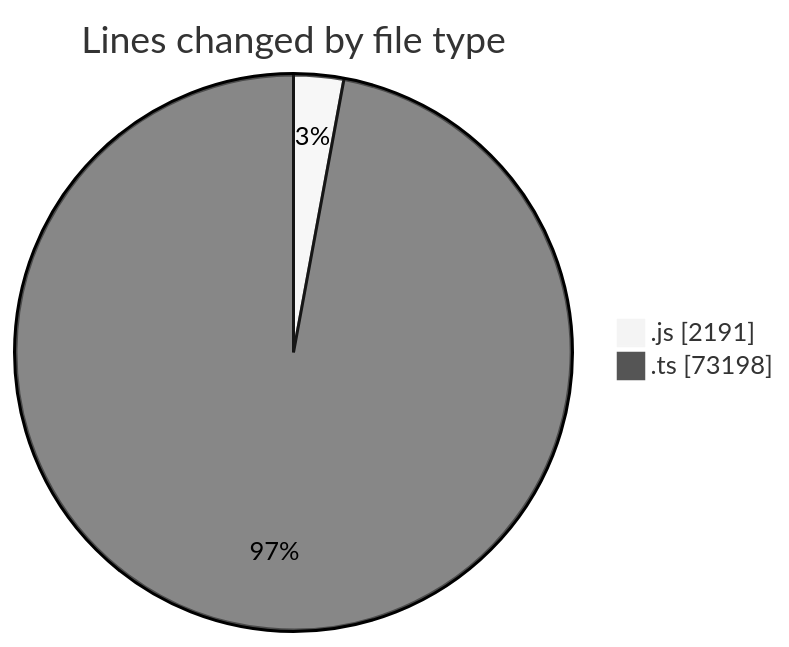
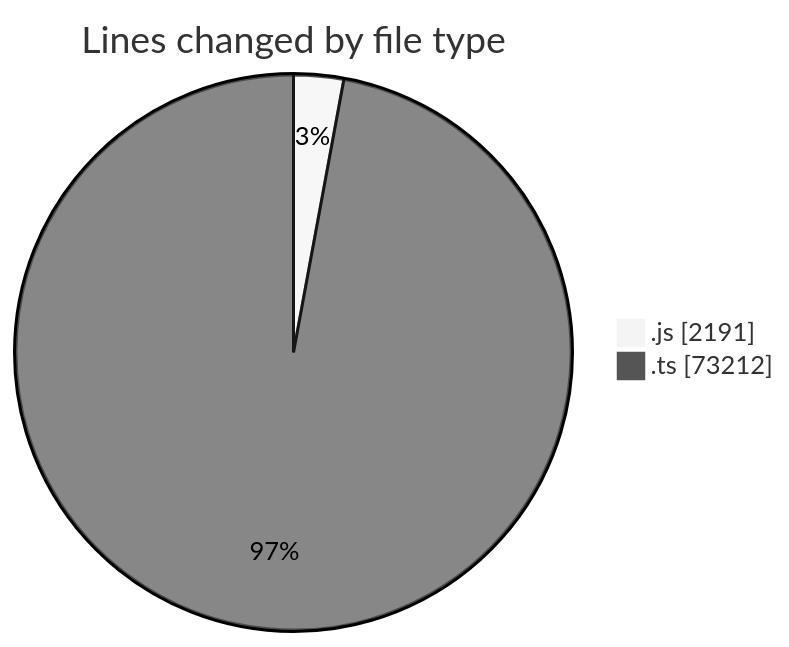
Before and after one commit to momahboobian/code-tracking: the first of 2 diagrams in 2025-06-19/cda/README.md, drawn with Mermaid (neutral theme). The commit also changed other lines of this file and 1 other file, not shown here.

````diff
--- a/2025-06-19/cda/README.md
+++ b/2025-06-19/cda/README.md
@@ -40,6 +40,6 @@
 ```mermaid
 pie showData
 title Lines changed by file type
 ".js" : 2191
-".ts" : 73198
+".ts" : 73212
 ```
````
